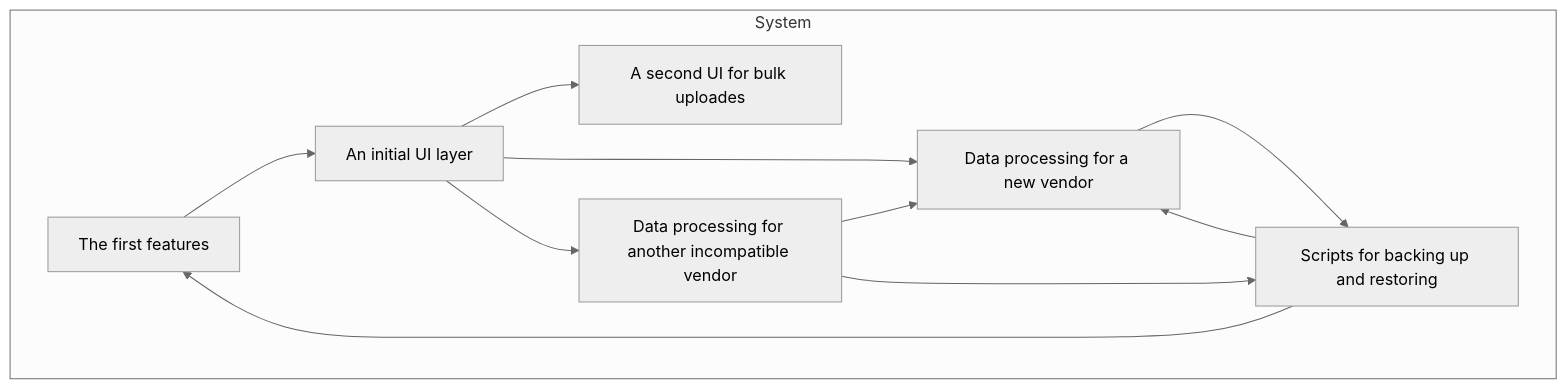
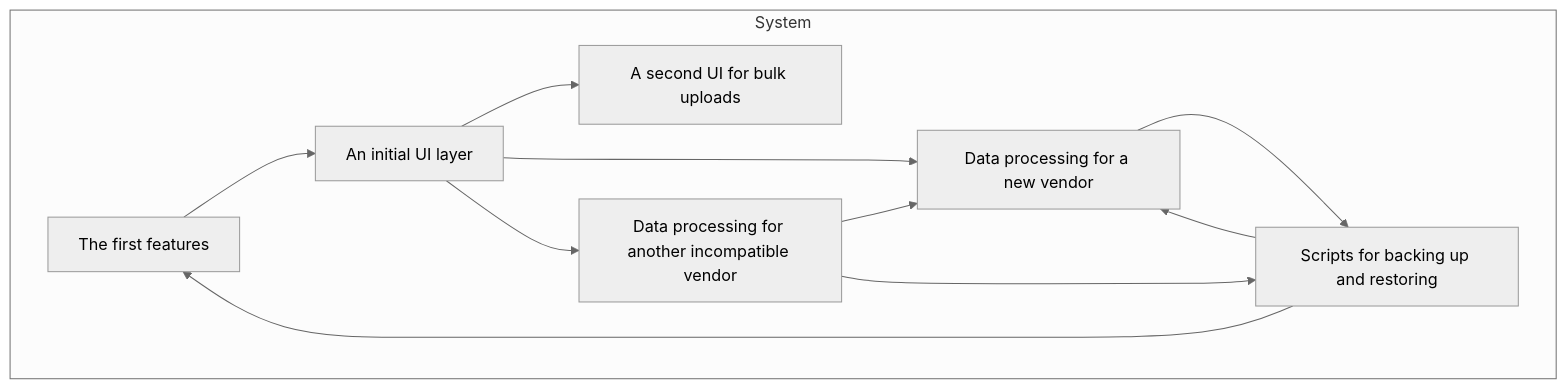
The second of 3 diagrams in content/sustainable-complexity.md (rayalan/binary-adages), drawn with Mermaid (neutral theme) before and after one commit. The commit also changed other lines of this file and 2 other files, not shown here.

````diff
--- a/content/sustainable-complexity.md
+++ b/content/sustainable-complexity.md
@@ -51,23 +51,23 @@
 ```mermaid
 
 flowchart TD
 
 subgraph System
   a[The first features]
   b[An initial UI layer]
-  c[A second UI for bulk uploades]
+  c[A second UI for bulk uploads]
   d[Scripts for backing up and restoring]
   e[Data processing for a new vendor]
   f[Data processing for another incompatible vendor]
 end
 
 a --> b
 b --> c
 b --> e
 b --> f
 d --> a
 d --> e
 f --> e
 f --> d
 e --> d
 ```
````
